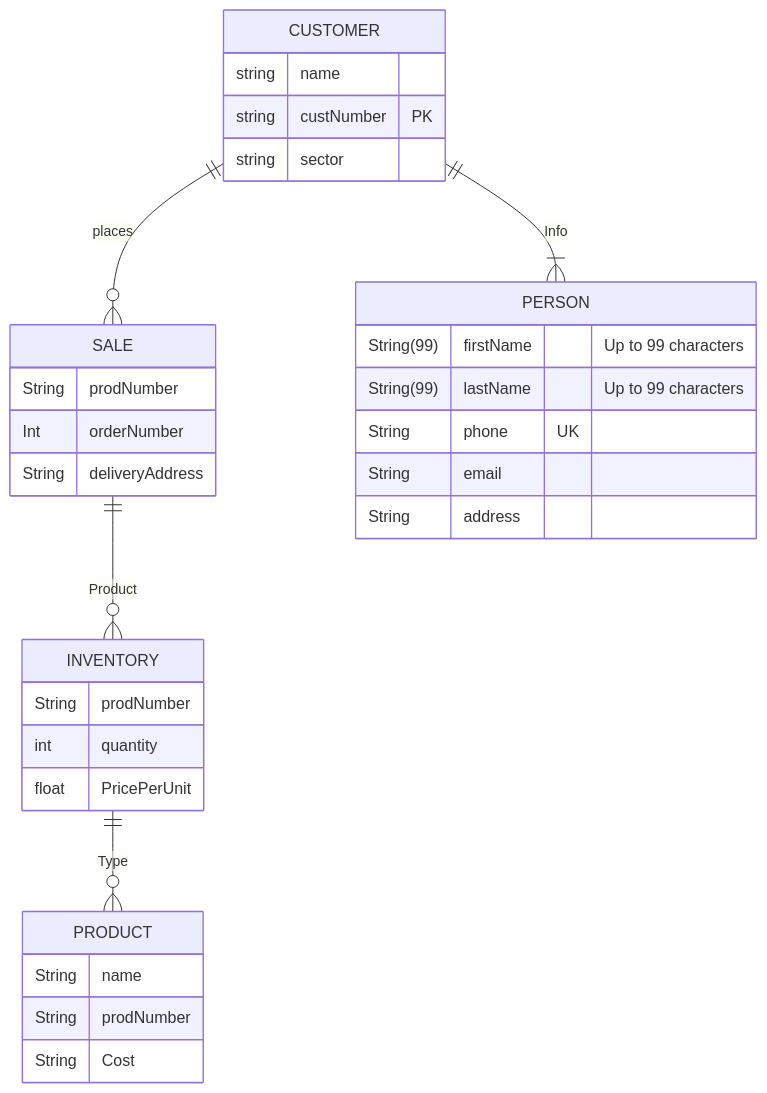
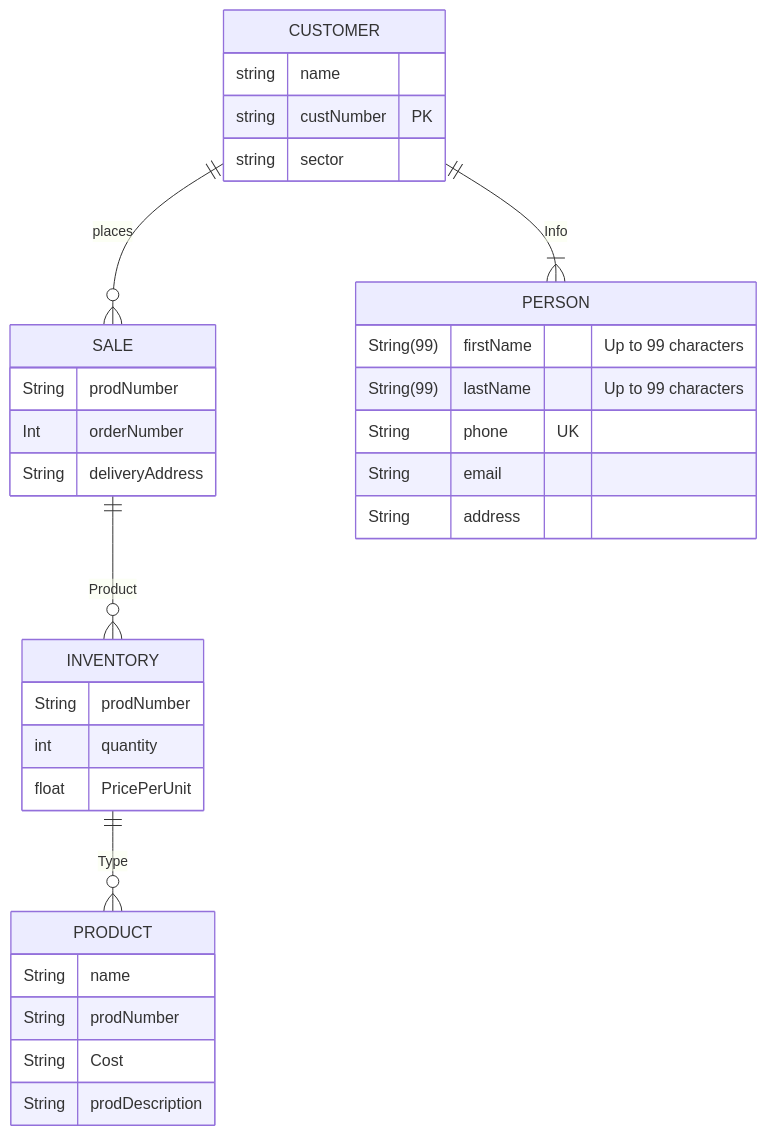
Before and after one commit to reedah127/reedah127.github.io: the diagram in NikeStore_ERD.md, drawn with Mermaid. The commit also changed other lines of this file, not shown here.

````diff
--- a/NikeStore_ERD.md
+++ b/NikeStore_ERD.md
@@ -4,41 +5,42 @@
 ```mermaid
 erDiagram
 
   CUSTOMER ||--o{ SALE: places
   CUSTOMER ||--|{ PERSON: Info
   CUSTOMER {
   string name
   string custNumber PK
   string sector
   }
 
   PERSON {
   String(99) firstName "Up to 99 characters"
   String(99) lastName "Up to 99 characters"
   String phone UK
   String email
   String address
 }
   
   SALE ||--o{ INVENTORY: Product
   SALE {
   String prodNumber
   Int orderNumber
   String deliveryAddress
   }
   
   INVENTORY ||--o{ PRODUCT: Type
   INVENTORY {
   String prodNumber
   int quantity
   float PricePerUnit
   }
 
   PRODUCT {
   String name
   String prodNumber
   String Cost
+  String prodDescription
   }
   
  
  ```
````
